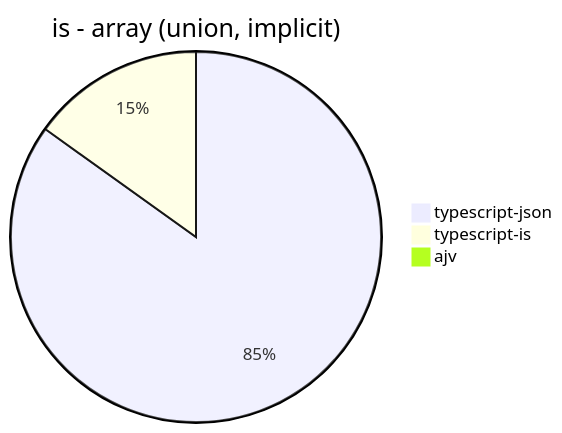
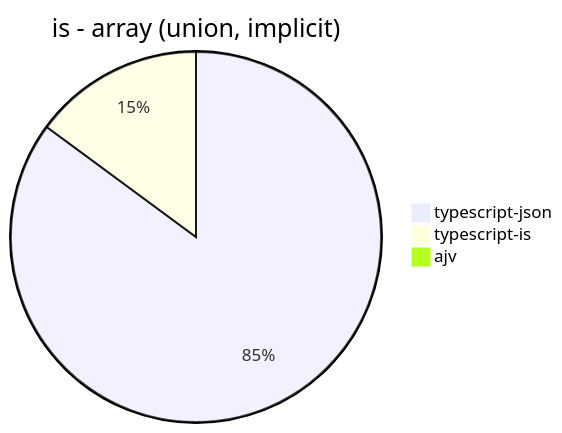
Before and after one commit to samchon/typia: diagram 13 of 30 in benchmark/results/AMD Ryzen 7 5800H with Radeon Graphics         .md, drawn with Mermaid. The commit also changed other lines of this file, not shown here.

````diff
--- a/benchmark/results/AMD Ryzen 7 5800H with Radeon Graphics         .md
+++ b/benchmark/results/AMD Ryzen 7 5800H with Radeon Graphics         .md
@@ -124,6 +124,6 @@
 ```mermaid
 pie title is - array (union, implicit)
-  "typescript-json": 6602.001819836215
-  "typescript-is": 1175.0543084721216
+  "typescript-json": 6285.982360668043
+  "typescript-is": 1099.8515219005196
   "ajv": 0
 ```
````
